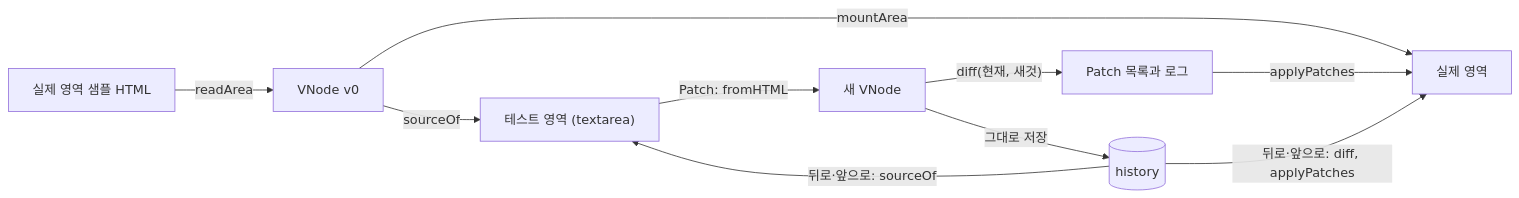
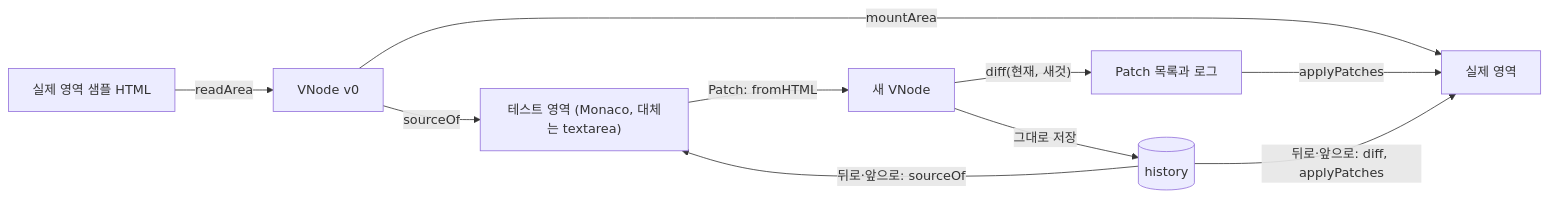
Before and after one commit to NARi3040/KJG-SW-AI-W11-React: the diagram in docs/design/verify-page.md, drawn with Mermaid. The commit also changed other lines of this file and 8 other files, not shown here.

````diff
--- a/docs/design/verify-page.md
+++ b/docs/design/verify-page.md
@@ -14,12 +14,12 @@
 ```mermaid
 flowchart LR
   S["실제 영역 샘플 HTML"] -->|"readArea"| V0["VNode v0"]
   V0 -->|"mountArea"| R["실제 영역"]
-  V0 -->|"sourceOf"| T["테스트 영역 (textarea)"]
+  V0 -->|"sourceOf"| T["테스트 영역 (Monaco, 대체는 textarea)"]
   T -->|"Patch: fromHTML"| N["새 VNode"]
   N -->|"diff(현재, 새것)"| P["Patch 목록과 로그"]
   P -->|"applyPatches"| R
   N -->|"그대로 저장"| H[("history")]
   H -->|"뒤로·앞으로: diff, applyPatches"| R
   H -->|"뒤로·앞으로: sourceOf"| T
 ```
````
